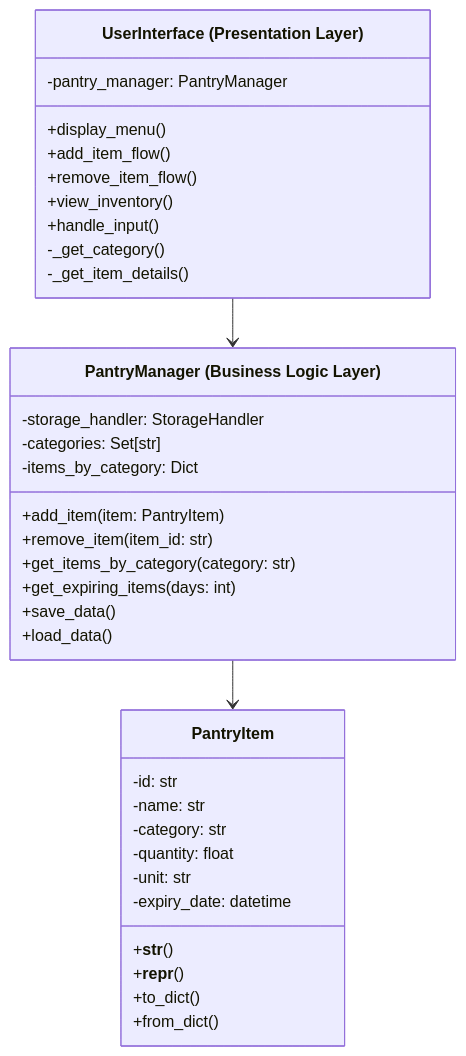
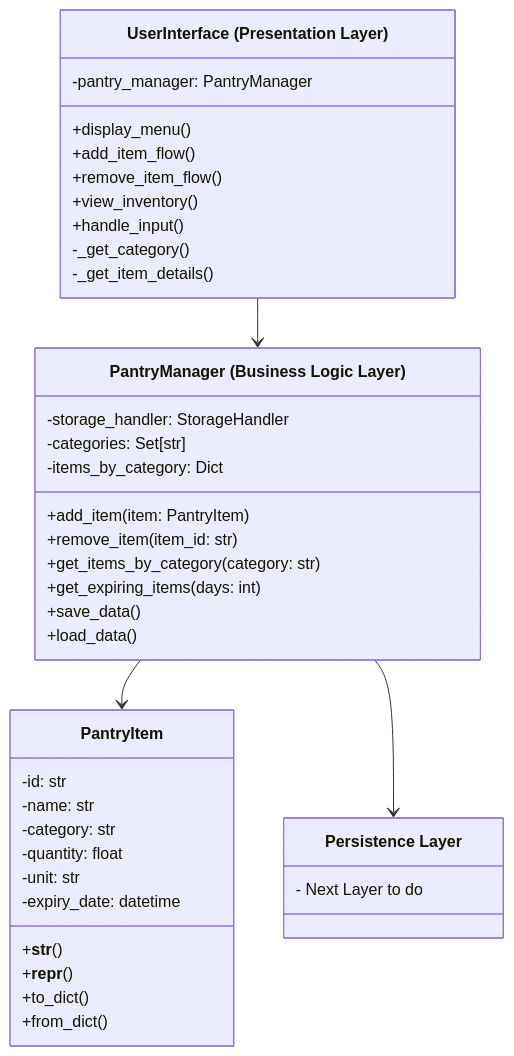
One commit to ostafford/cwd_playground changed the diagram in cwd_3c/class_Diagram.md. Above: the diagram before and after it, drawn with Mermaid. The commit also changed other lines of this file, not shown here.

Commit message:
Updated wording and next steps

````diff
--- a/cwd_3c/class_Diagram.md
+++ b/cwd_3c/class_Diagram.md
@@ -1,44 +1,49 @@
 ```mermaid
 classDiagram
     class PL ["UserInterface (Presentation Layer)"] {
         -pantry_manager: PantryManager
         +display_menu()
         +add_item_flow()
         +remove_item_flow()
         +view_inventory()
         +handle_input()
         -_get_category()
         -_get_item_details()
     }
 
     class BLL ["PantryManager (Business Logic Layer)"] {
         -storage_handler: StorageHandler
         -categories: Set[str]
         -items_by_category: Dict
         +add_item(item: PantryItem)
         +remove_item(item_id: str)
         +get_items_by_category(category: str)
         +get_expiring_items(days: int)
         +save_data()
         +load_data()
     }
 
     class PI ["PantryItem"] {
         -id: str
         -name: str
         -category: str
         -quantity: float
         -unit: str
         -expiry_date: datetime
         +__str__()
         +__repr__()
         +to_dict()
         +from_dict()
     }
 
+    class PSTL ["Persistence Layer"] {
+        - Next Layer to do
+    }
+
 
 
 
 PL --> BLL
 BLL --> PI
+BLL --> PSTL
 ```
````
